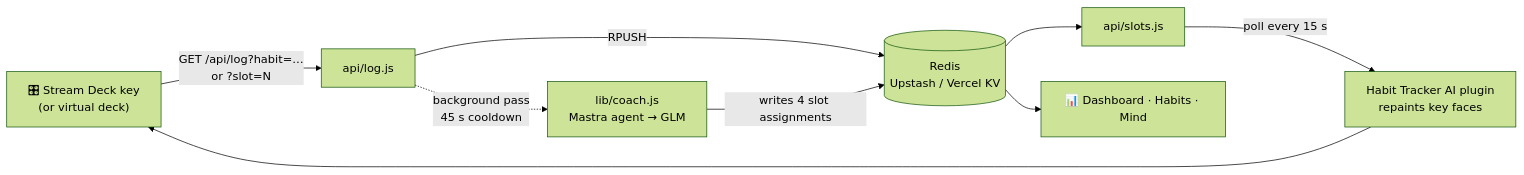
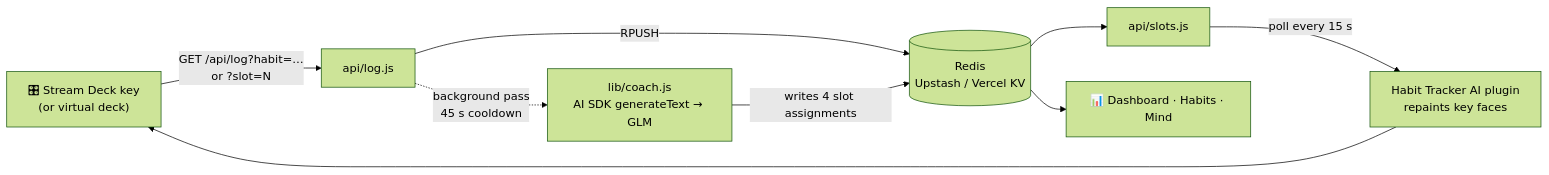
One commit to shaiss/StreamDeckHabitTracker changed the diagram in README.md. Above: the diagram before and after it, drawn with Mermaid (forest theme). The commit also changed other lines of this file and 16 other files, not shown here.

First line of the commit message:
Drop @mastra/core: coach via AI SDK generateText (#97 #98 #99 #100 #101) (#103)

````diff
--- a/README.md
+++ b/README.md
@@ -122,11 +122,11 @@
 ```mermaid
 flowchart LR
     K["🎛 Stream Deck key<br/>(or virtual deck)"] -->|"GET /api/log?habit=…<br/>or ?slot=N"| L["api/log.js"]
     L -->|"RPUSH"| R[("Redis<br/>Upstash / Vercel KV")]
-    L -.->|"background pass<br/>45 s cooldown"| C["lib/coach.js<br/>Mastra agent → GLM"]
+    L -.->|"background pass<br/>45 s cooldown"| C["lib/coach.js<br/>AI SDK generateText → GLM"]
     C -->|"writes 4 slot assignments"| R
     R --> S["api/slots.js"]
     S -->|"poll every 15 s"| P["Habit Tracker AI plugin<br/>repaints key faces"]
     P --> K
     R --> D["📊 Dashboard · Habits · Mind"]
 ```
````
